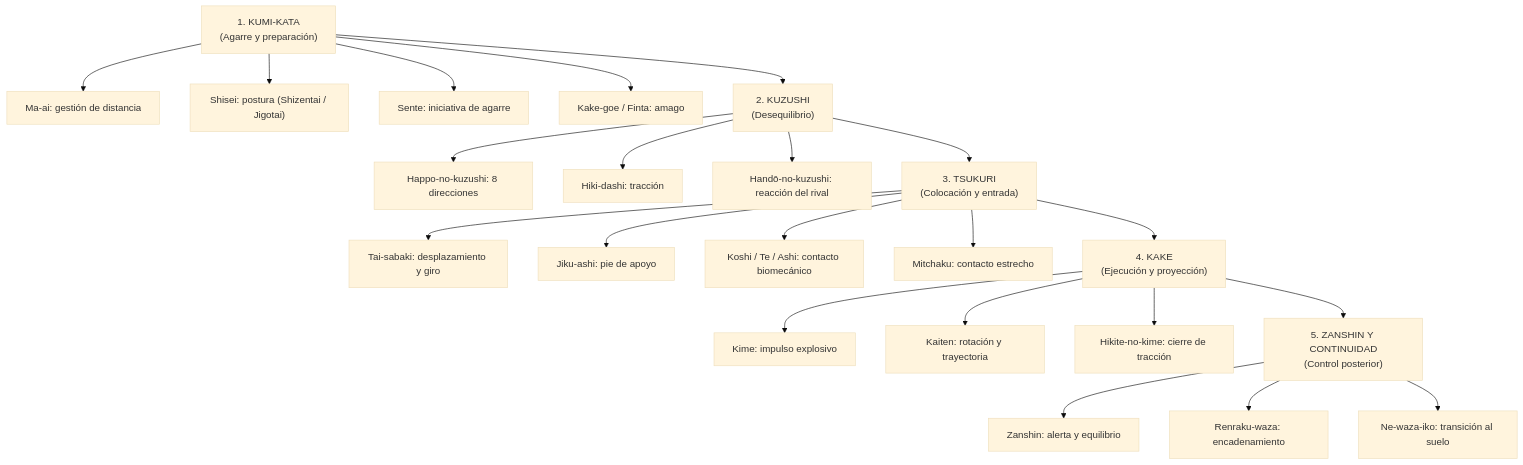
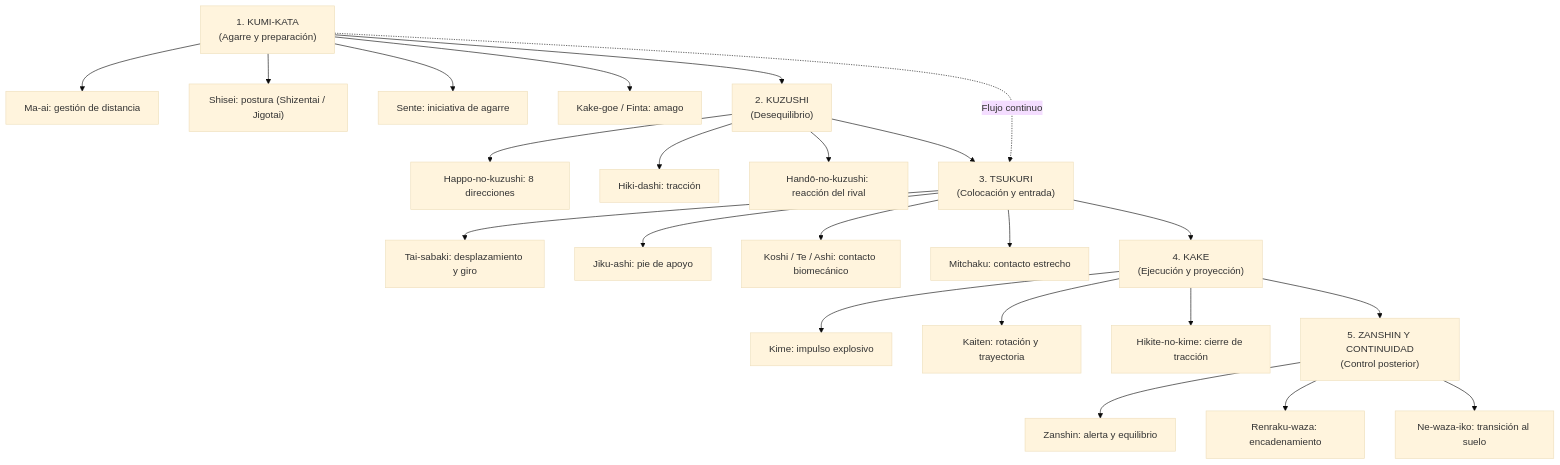
Before and after one commit to chelochambi/judo: the second of 2 diagrams in fases_de_ejecucion_de_una_tecnica_de_judo.md, drawn with Mermaid (base theme). The commit also changed other lines of this file, not shown here.

````diff
--- a/fases_de_ejecucion_de_una_tecnica_de_judo.md
+++ b/fases_de_ejecucion_de_una_tecnica_de_judo.md
@@ -114,28 +123,29 @@
 ```mermaid
 flowchart TD
     A["1. KUMI-KATA<br/>(Agarre y preparación)"] --> A1["Ma-ai: gestión de distancia"]
     A --> A2["Shisei: postura (Shizentai / Jigotai)"]
     A --> A3["Sente: iniciativa de agarre"]
     A --> A4["Kake-goe / Finta: amago"]
 
     A --> B["2. KUZUSHI<br/>(Desequilibrio)"]
     B --> B1["Happo-no-kuzushi: 8 direcciones"]
     B --> B2["Hiki-dashi: tracción"]
     B --> B3["Handō-no-kuzushi: reacción del rival"]
 
     B --> C["3. TSUKURI<br/>(Colocación y entrada)"]
     C --> C1["Tai-sabaki: desplazamiento y giro"]
     C --> C2["Jiku-ashi: pie de apoyo"]
     C --> C3["Koshi / Te / Ashi: contacto biomecánico"]
     C --> C4["Mitchaku: contacto estrecho"]
 
+    A -.->|Flujo continuo| C
     C --> D["4. KAKE<br/>(Ejecución y proyección)"]
     D --> D1["Kime: impulso explosivo"]
     D --> D2["Kaiten: rotación y trayectoria"]
     D --> D3["Hikite-no-kime: cierre de tracción"]
 
     D --> E["5. ZANSHIN Y CONTINUIDAD<br/>(Control posterior)"]
     E --> E1["Zanshin: alerta y equilibrio"]
     E --> E2["Renraku-waza: encadenamiento"]
     E --> E3["Ne-waza-iko: transición al suelo"]
 ```
````
